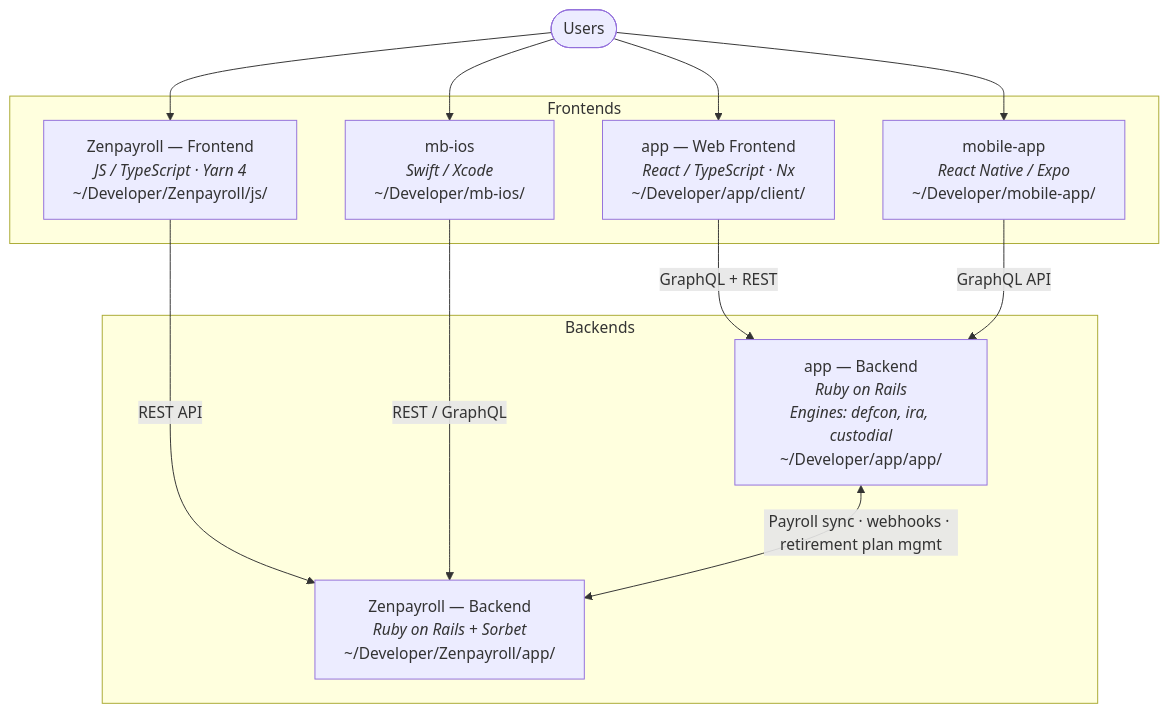
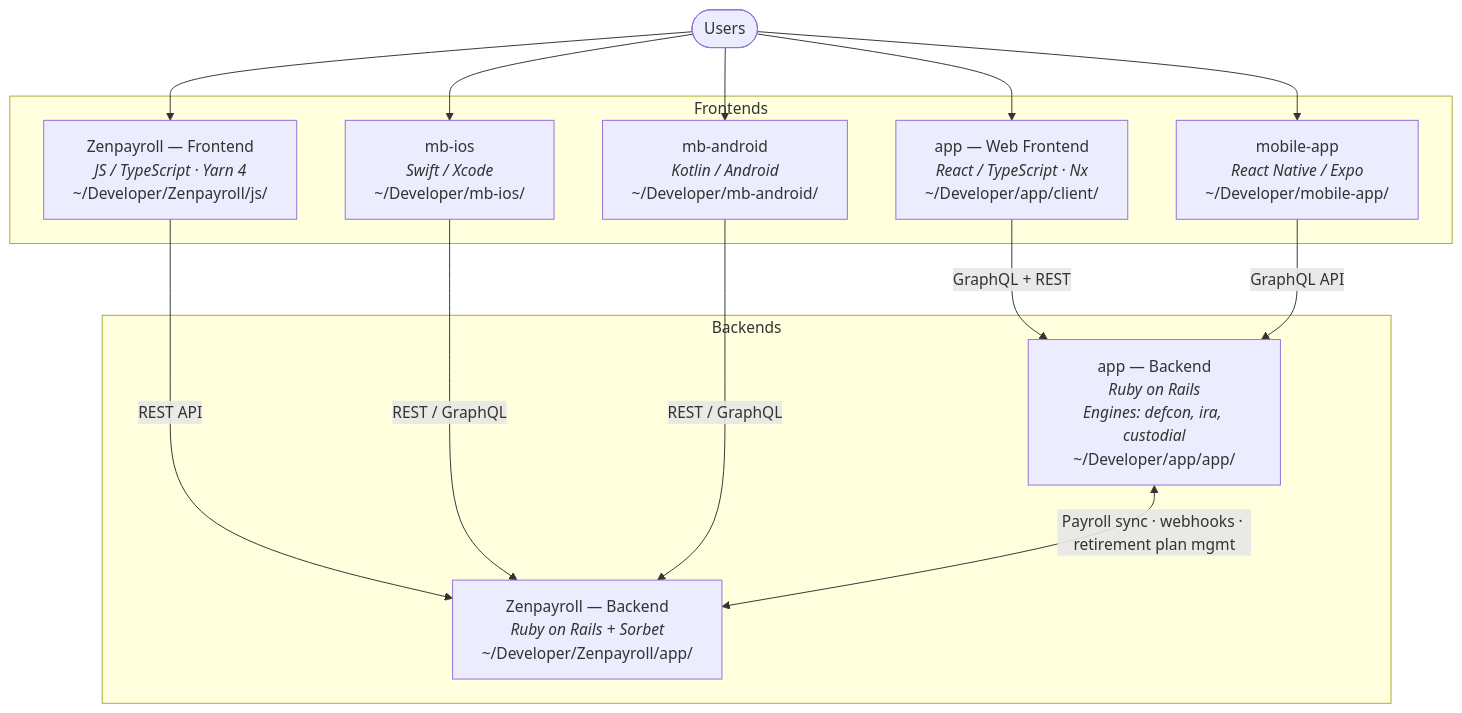
Before and after one commit to luigiinred/dotfiles: the diagram in dot_cursor/skills/project-landscape/SKILL.md, drawn with Mermaid. The commit also changed other lines of this file, not shown here.

Commit message:
chore: add mb-android to project landscape

````diff
--- a/dot_cursor/skills/project-landscape/SKILL.md
+++ b/dot_cursor/skills/project-landscape/SKILL.md
@@ -12,25 +12,27 @@
 ```mermaid
 graph TB
     users([Users])
 
     subgraph fe ["Frontends"]
         appFe["app — Web Frontend<br/><i>React / TypeScript · Nx</i><br/>~/Developer/app/client/"]
         mobileApp["mobile-app<br/><i>React Native / Expo</i><br/>~/Developer/mobile-app/"]
         zpFe["Zenpayroll — Frontend<br/><i>JS / TypeScript · Yarn 4</i><br/>~/Developer/Zenpayroll/js/"]
         mbIos["mb-ios<br/><i>Swift / Xcode</i><br/>~/Developer/mb-ios/"]
+        mbAndroid["mb-android<br/><i>Kotlin / Android</i><br/>~/Developer/mb-android/"]
     end
 
     subgraph be ["Backends"]
         appBe["app — Backend<br/><i>Ruby on Rails</i><br/><i>Engines: defcon, ira, custodial</i><br/>~/Developer/app/app/"]
         zpBe["Zenpayroll — Backend<br/><i>Ruby on Rails + Sorbet</i><br/>~/Developer/Zenpayroll/app/"]
     end
 
-    users --> appFe & mobileApp & zpFe & mbIos
+    users --> appFe & mobileApp & zpFe & mbIos & mbAndroid
 
     appFe -- "GraphQL + REST" --> appBe
     mobileApp -- "GraphQL API" --> appBe
     zpFe -- "REST API" --> zpBe
     mbIos -- "REST / GraphQL" --> zpBe
+    mbAndroid -- "REST / GraphQL" --> zpBe
 
     appBe <-- "Payroll sync · webhooks · retirement plan mgmt" --> zpBe
 ```
````
